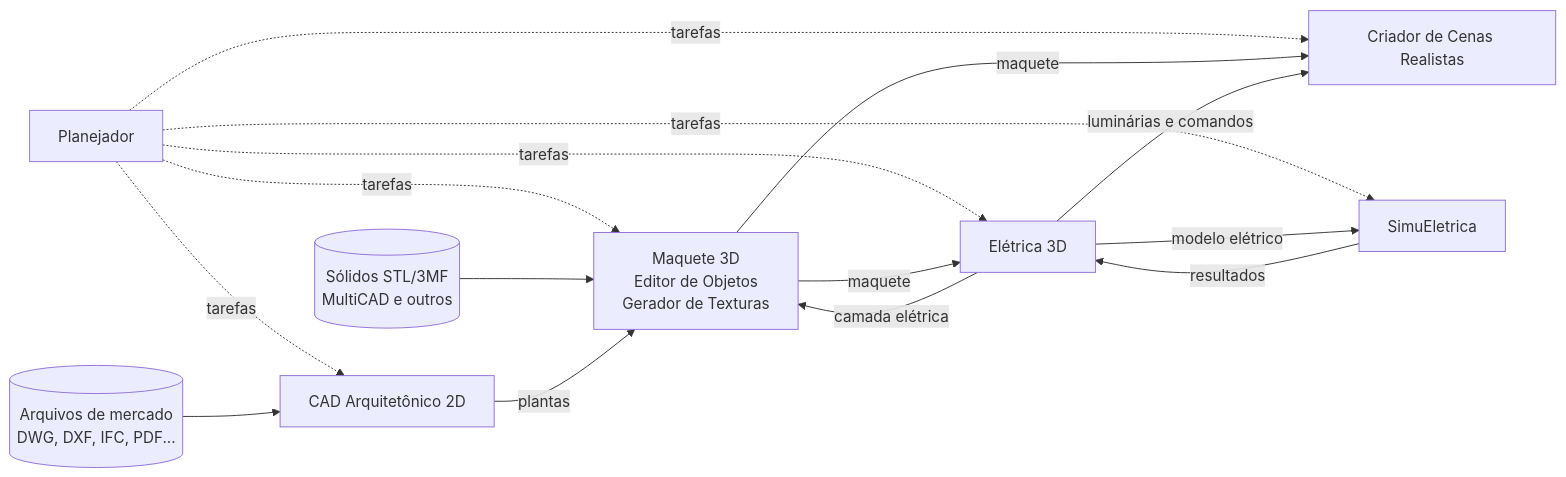
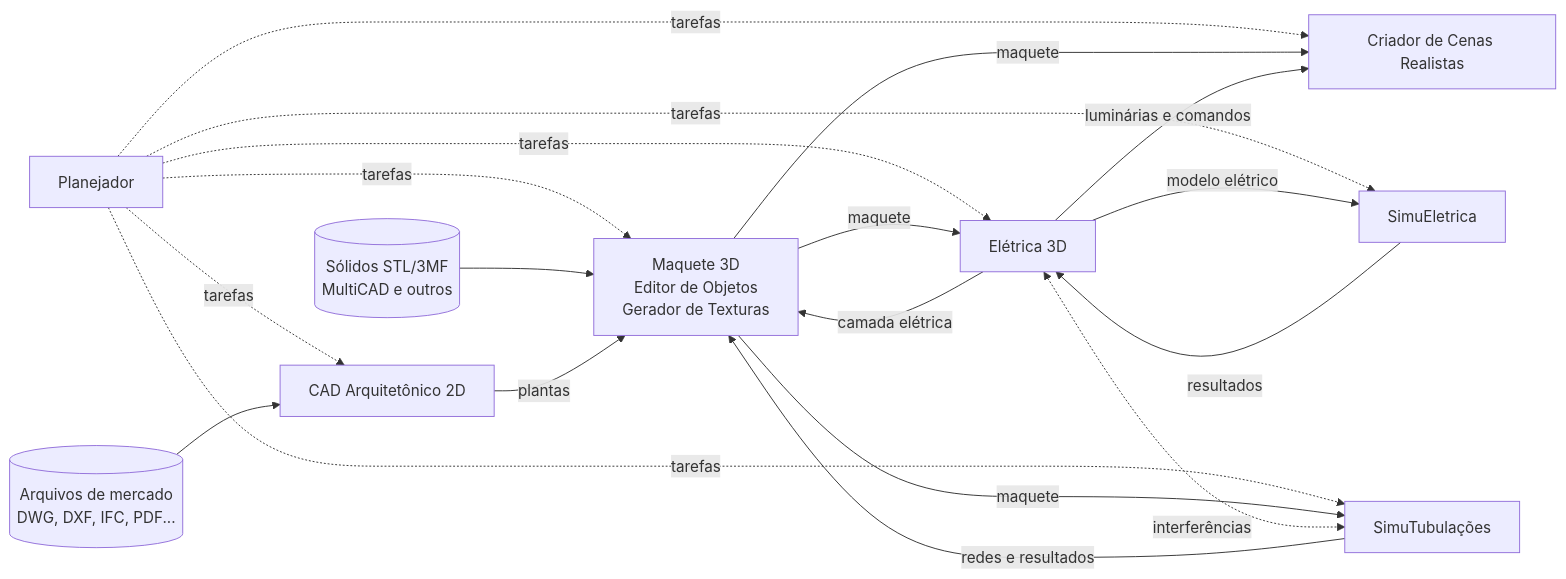
The diagram in docs/README.md (marcelomaurin/EngenhariaArquitetura), drawn with Mermaid before and after one commit. The commit also changed other lines of this file and 13 other files, not shown here.

First line of the commit message:
Inclui o SimuTubulações na documentação

````diff
--- a/docs/README.md
+++ b/docs/README.md
@@ -52,17 +53,21 @@
 ```mermaid
 flowchart LR
     P[Planejador] -. tarefas .-> A[CAD Arquitetônico 2D]
     P -. tarefas .-> B
     P -. tarefas .-> C
     P -. tarefas .-> D
     P -. tarefas .-> E
     X[(Arquivos de mercado<br/>DWG, DXF, IFC, PDF...)] --> A
     S[(Sólidos STL/3MF<br/>MultiCAD e outros)] --> B
     A -- plantas --> B[Maquete 3D<br/>Editor de Objetos<br/>Gerador de Texturas]
     B -- maquete --> C[Criador de Cenas Realistas]
     B -- maquete --> D[Elétrica 3D]
     D -- camada elétrica --> B
     D -- luminárias e comandos --> C
     D -- modelo elétrico --> E[SimuEletrica]
     E -- resultados --> D
+    P -. tarefas .-> F
+    B -- maquete --> F[SimuTubulações]
+    F -- redes e resultados --> B
+    D <-. interferências .-> F
 ```
````
